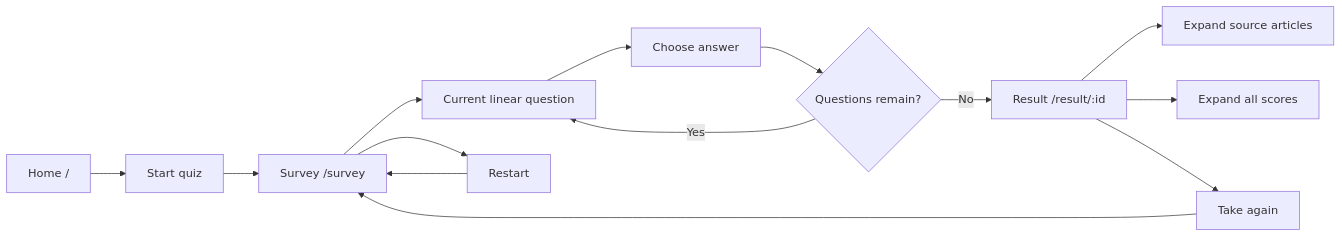
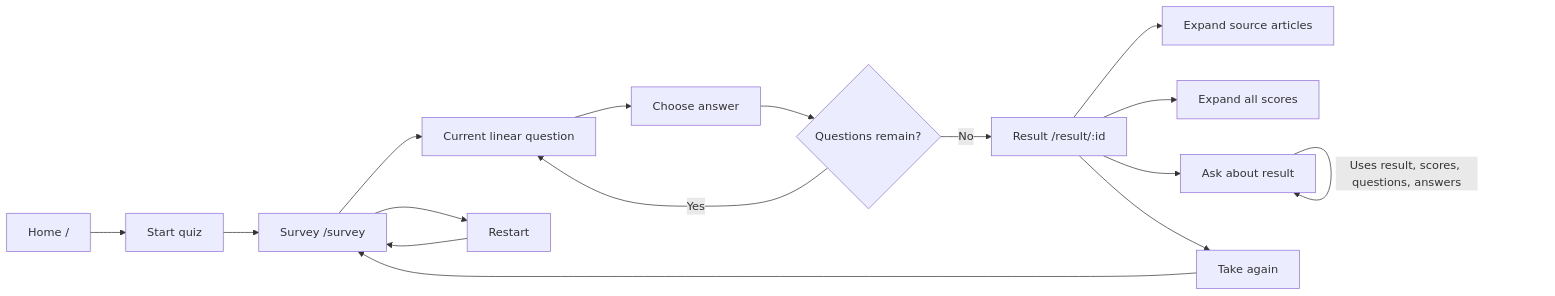
Before and after one commit to johnpfeiffer/rands-personality-game: the diagram in SPEC/product-spec.md, drawn with Mermaid. The commit also changed other lines of this file and 12 other files, not shown here.

Commit message:
improved chat to incorporate the series of questions and User answers in a response - and persist response until reset

````diff
--- a/SPEC/product-spec.md
+++ b/SPEC/product-spec.md
@@ -18,16 +18,18 @@
 ```mermaid
 flowchart LR
     Home["Home /"] --> Start["Start quiz"]
     Start --> Survey["Survey /survey"]
     Survey --> Question["Current linear question"]
     Question --> Answer["Choose answer"]
     Answer --> More{"Questions remain?"}
     More -->|Yes| Question
     More -->|No| Result["Result /result/:id"]
     Survey --> Restart["Restart"]
     Restart --> Survey
     Result --> Sources["Expand source articles"]
     Result --> Scores["Expand all scores"]
+    Result --> Chat["Ask about result"]
+    Chat -->|Uses result, scores, questions, answers| Chat
     Result --> Again["Take again"]
     Again --> Survey
 ```
````
